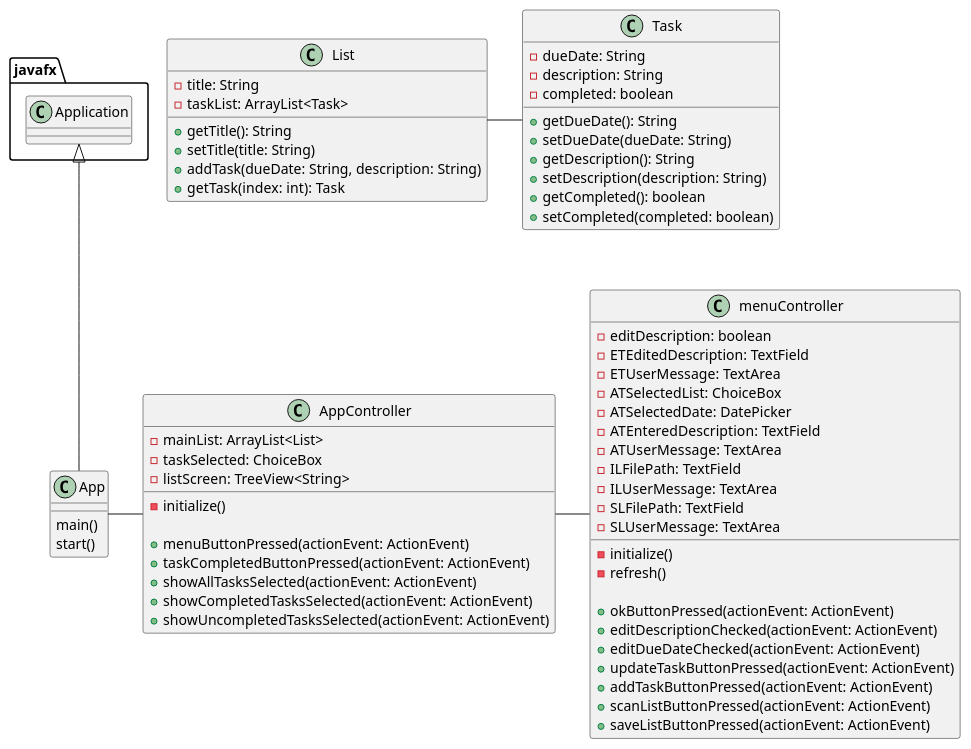
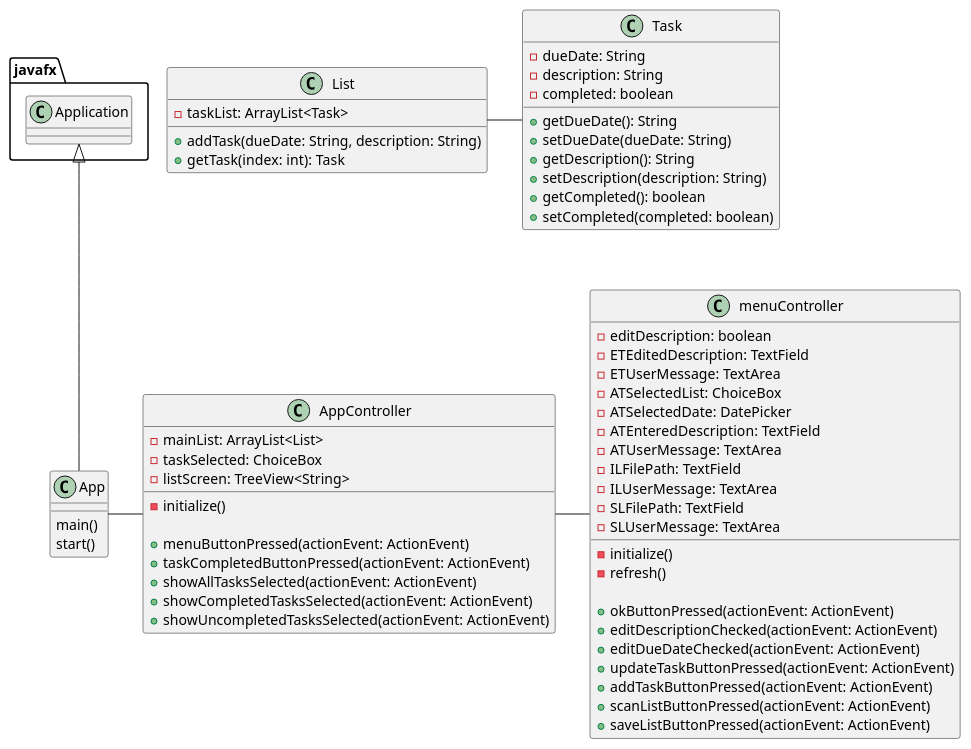
Before and after one commit to ashley-m0/OOP-Assignment4-Part2: the diagram in uml/AppDiagram.puml, drawn with PlantUML. The commit also changed 6 other files, not shown here.

```diff
--- a/uml/AppDiagram.puml
+++ b/uml/AppDiagram.puml
@@ -1,76 +1,73 @@
 @startuml
 'https://plantuml.com/sequence-diagram
 
 class App{
     main()
     start()
 }
 
 class AppController{
     - mainList: ArrayList<List>
     - taskSelected: ChoiceBox
     - listScreen: TreeView<String>
     - initialize()
 
     + menuButtonPressed(actionEvent: ActionEvent)
     + taskCompletedButtonPressed(actionEvent: ActionEvent)
     + showAllTasksSelected(actionEvent: ActionEvent)
     + showCompletedTasksSelected(actionEvent: ActionEvent)
     + showUncompletedTasksSelected(actionEvent: ActionEvent)
 
 }
 
 class List{
-    - title: String
     - taskList: ArrayList<Task>
 
-    + getTitle(): String
-    + setTitle(title: String)
     + addTask(dueDate: String, description: String)
     + getTask(index: int): Task
 }
 
 class menuController{
 
     - editDescription: boolean
     - ETEditedDescription: TextField
     - ETUserMessage: TextArea
     - ATSelectedList: ChoiceBox
     - ATSelectedDate: DatePicker
     - ATEnteredDescription: TextField
     - ATUserMessage: TextArea
     - ILFilePath: TextField
     - ILUserMessage: TextArea
     - SLFilePath: TextField
     - SLUserMessage: TextArea
     - initialize()
     - refresh()
 
     + okButtonPressed(actionEvent: ActionEvent)
     + editDescriptionChecked(actionEvent: ActionEvent)
     + editDueDateChecked(actionEvent: ActionEvent)
     + updateTaskButtonPressed(actionEvent: ActionEvent)
     + addTaskButtonPressed(actionEvent: ActionEvent)
     + scanListButtonPressed(actionEvent: ActionEvent)
     + saveListButtonPressed(actionEvent: ActionEvent)
 }
 
 class Task{
     - dueDate: String
     - description: String
     - completed: boolean
 
     + getDueDate(): String
     + setDueDate(dueDate: String)
     + getDescription(): String
     + setDescription(description: String)
     + getCompleted(): boolean
     + setCompleted(completed: boolean)
 }
 
 javafx.Application <|-- App
 
 App -  AppController
 AppController - menuController
 List - Task
 @enduml
```
